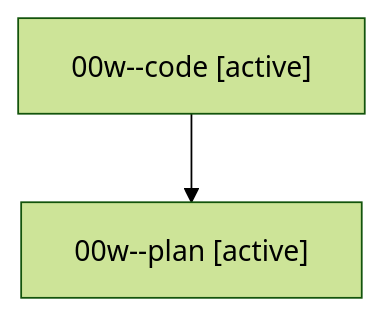
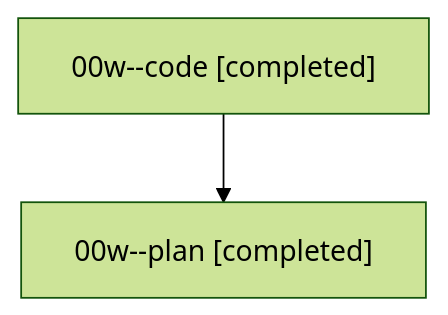
One commit to bobs-org/bob-cli--agents changed the diagram in families/bbugyi200.athena.00w.md. Above: the diagram before and after it, drawn with Mermaid (forest theme). The commit also changed other lines of this file and 29 other files, not shown here.

````diff
--- a/families/bbugyi200.athena.00w.md
+++ b/families/bbugyi200.athena.00w.md
@@ -9,6 +9,6 @@
 ```mermaid
 flowchart TD
-  n0["00w--code [active]"]
-  n1["00w--plan [active]"]
+  n0["00w--code [completed]"]
+  n1["00w--plan [completed]"]
   n0 --> n1
 ```
````
